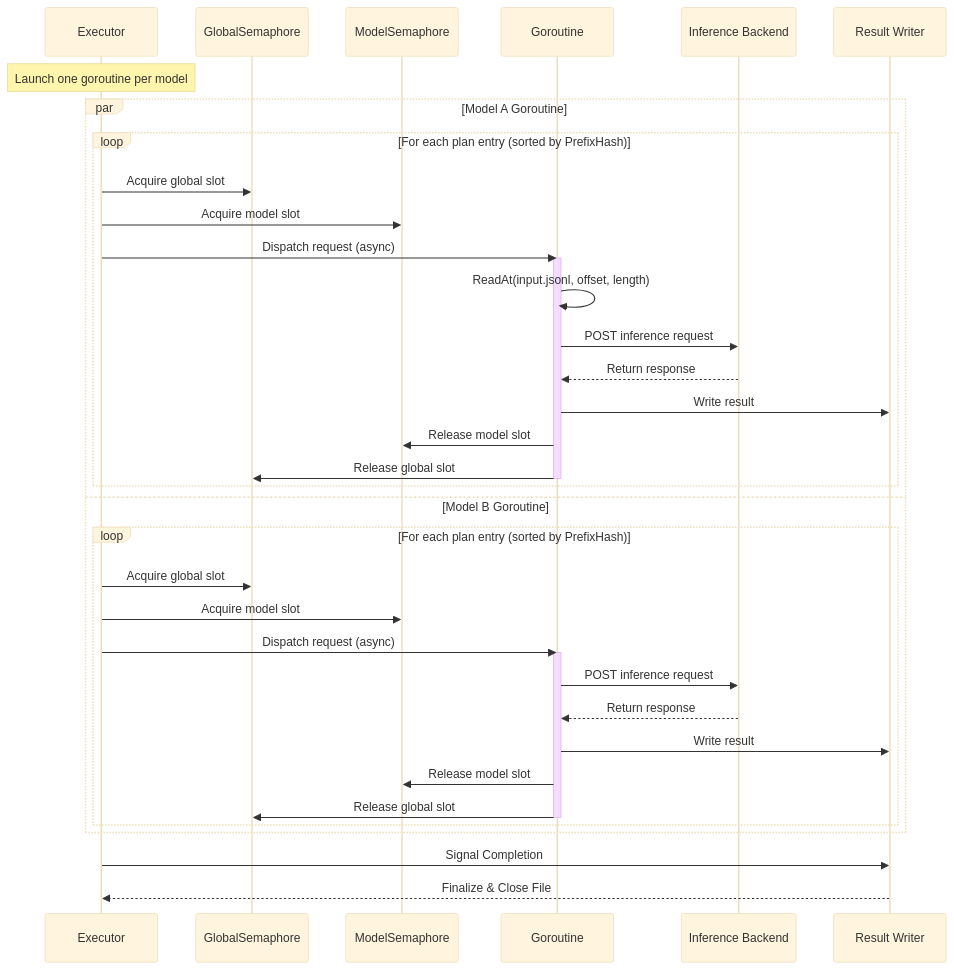
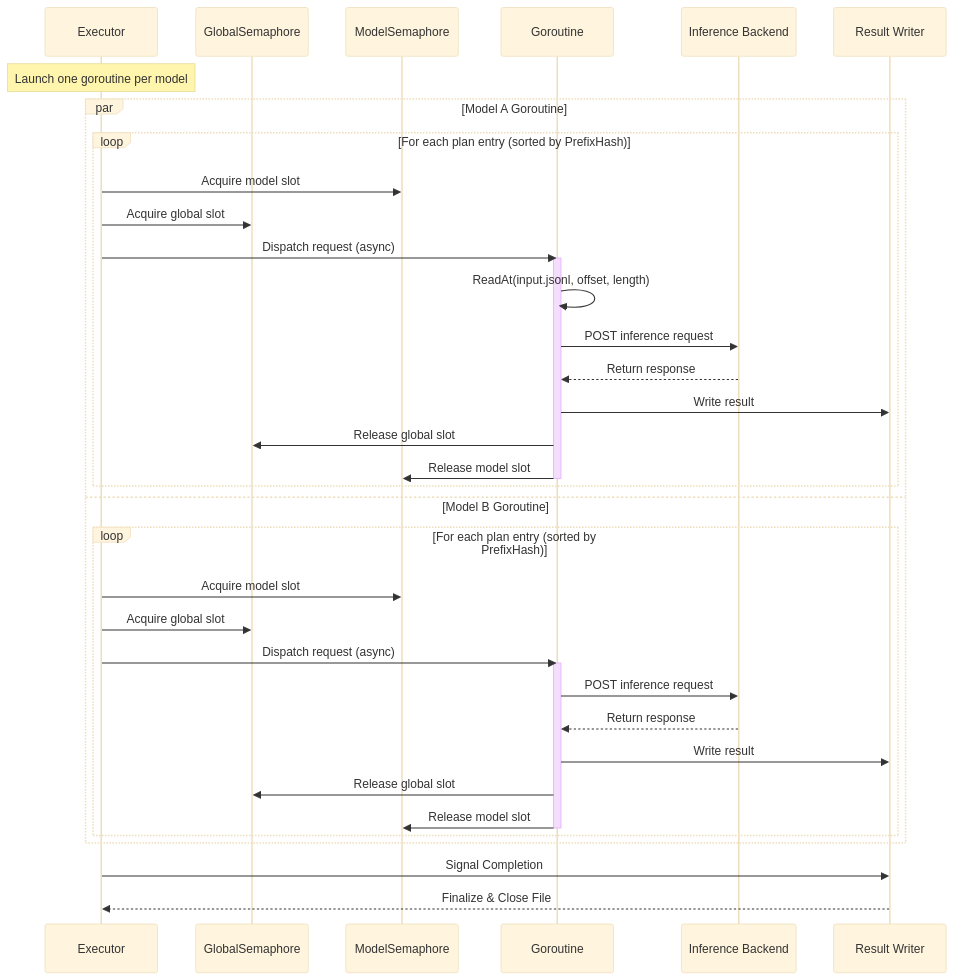
Before and after one commit to llm-d-incubation/batch-gateway: the second of 2 diagrams in docs/design/batch_processor_architecture.md, drawn with Mermaid (base theme). The commit also changed other lines of this file and 2 other files, not shown here.

First line of the commit message:
docs(processor): sync architecture doc with code and add context hierarchy

````diff
--- a/docs/design/batch_processor_architecture.md
+++ b/docs/design/batch_processor_architecture.md
@@ -335,43 +377,43 @@
 ``` mermaid
 sequenceDiagram
     participant Ex as Executor
     participant GS as GlobalSemaphore
     participant MS as ModelSemaphore
     participant E as Goroutine
     participant B as Inference Backend
     participant W as Result Writer
 
     Note over Ex: Launch one goroutine per model
 
     par Model A Goroutine
         loop For each plan entry (sorted by PrefixHash)
+            Ex->>MS: Acquire model slot
             Ex->>GS: Acquire global slot
-            Ex->>MS: Acquire model slot
             Ex->>E: Dispatch request (async)
             activate E
             E->>E: ReadAt(input.jsonl, offset, length)
             E->>B: POST inference request
             B-->>E: Return response
             E->>W: Write result
+            E->>GS: Release global slot
             E->>MS: Release model slot
-            E->>GS: Release global slot
             deactivate E
         end
     and Model B Goroutine
         loop For each plan entry (sorted by PrefixHash)
+            Ex->>MS: Acquire model slot
             Ex->>GS: Acquire global slot
-            Ex->>MS: Acquire model slot
             Ex->>E: Dispatch request (async)
             activate E
             E->>B: POST inference request
             B-->>E: Return response
             E->>W: Write result
+            E->>GS: Release global slot
             E->>MS: Release model slot
-            E->>GS: Release global slot
             deactivate E
         end
     end
 
     Ex->>W: Signal Completion
     W-->>Ex: Finalize & Close File
 ```
````
